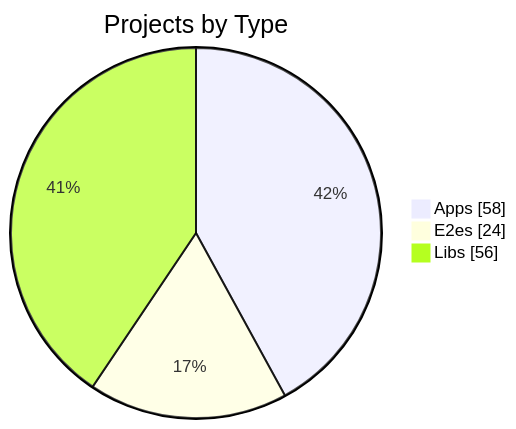
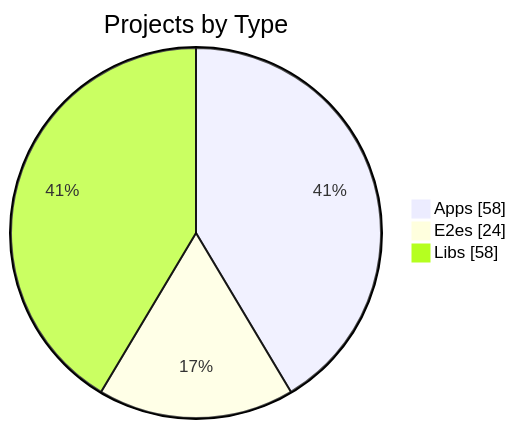
Before and after one commit to KBVE/kbve: the first of 3 diagrams in apps/kbve/astro-kbve/src/content/docs/dashboard/graph.mdx, drawn with Mermaid. The commit also changed other lines of this file and 1 other file, not shown here.

Commit message:
chore(content): daily graph scaffold [skip ci] (#14371)

````diff
--- a/apps/kbve/astro-kbve/src/content/docs/dashboard/graph.mdx
+++ b/apps/kbve/astro-kbve/src/content/docs/dashboard/graph.mdx
@@ -127,7 +127,7 @@
 ```mermaid
 pie showData
     title Projects by Type
     "Apps" : 58
     "E2es" : 24
-    "Libs" : 56
+    "Libs" : 58
 ```
````
